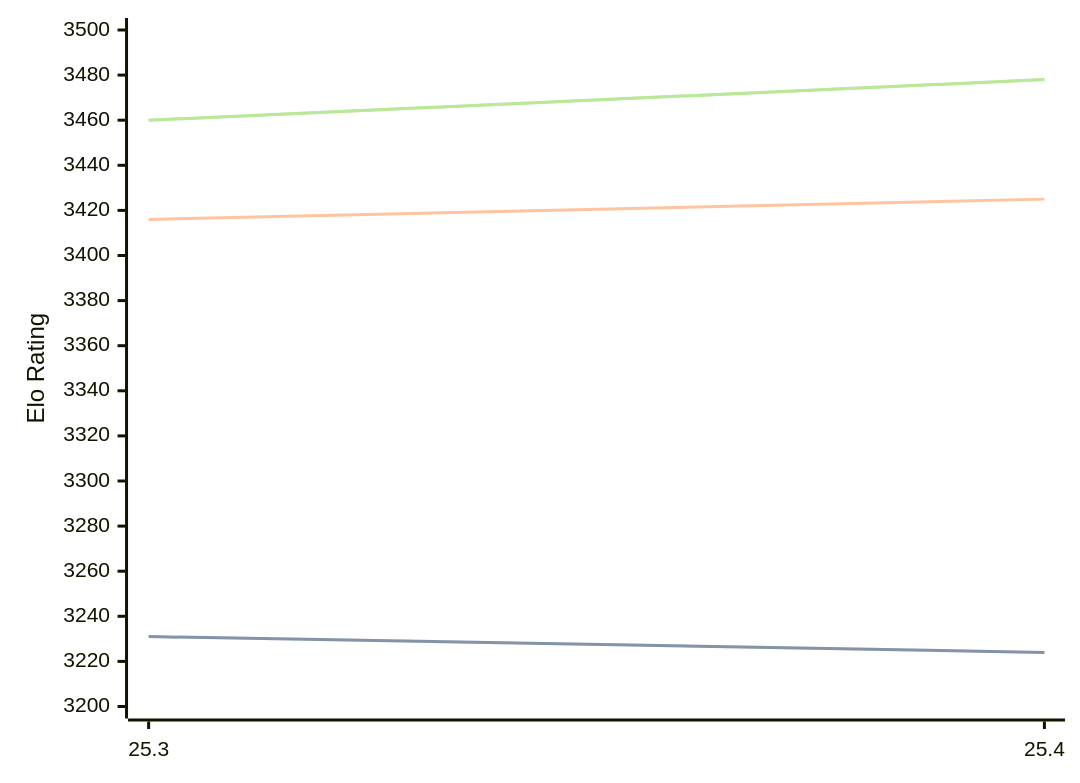
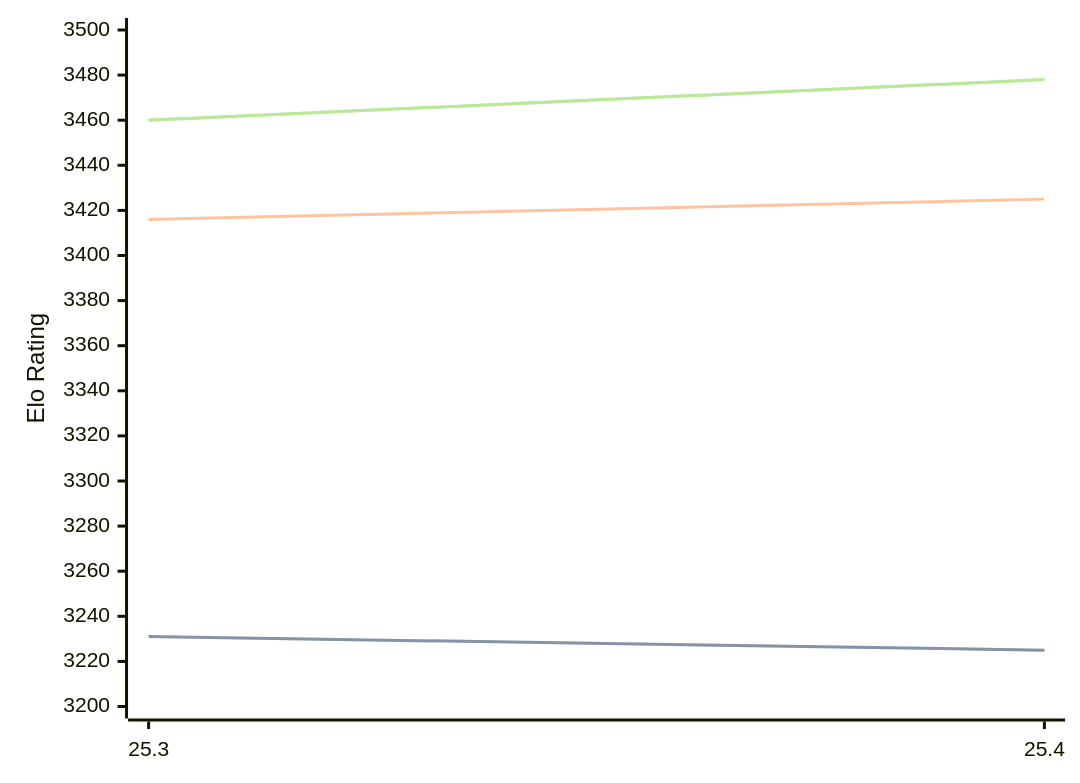
One commit to computer-chess-index/cci changed the first of 3 diagrams in engines/Arasan.md. Above: the diagram before and after it, drawn with Mermaid. The commit also changed other lines of this file, not shown here.

````diff
--- a/engines/Arasan.md
+++ b/engines/Arasan.md
@@ -33,11 +33,11 @@
 ```mermaid
 %%{init: {"theme":"base","themeVariables":{"seriesColors:['#a3a3a3','#222221','#faa371']}}}%%
 xychart-beta
   x-axis ["25.3", "25.4"]
   y-axis "Elo Rating" 3200 --> 3500
-  line "STC (8.0+0.08s)" [3231, 3224]
-  line "STC (8.0+0.08s)" [3231, 3224]
+  line "STC (8.0+0.08s)" [3231, 3225]
+  line "STC (8.0+0.08s)" [3231, 3225]
   line "LTC (60.0+0.60s)" [3416, 3425]
   line "VLTC (2m24s+1.12s)" [3460, 3478]
   line "VLTC (2m24s+1.12s)" [3460, 3478]
 ```
````
